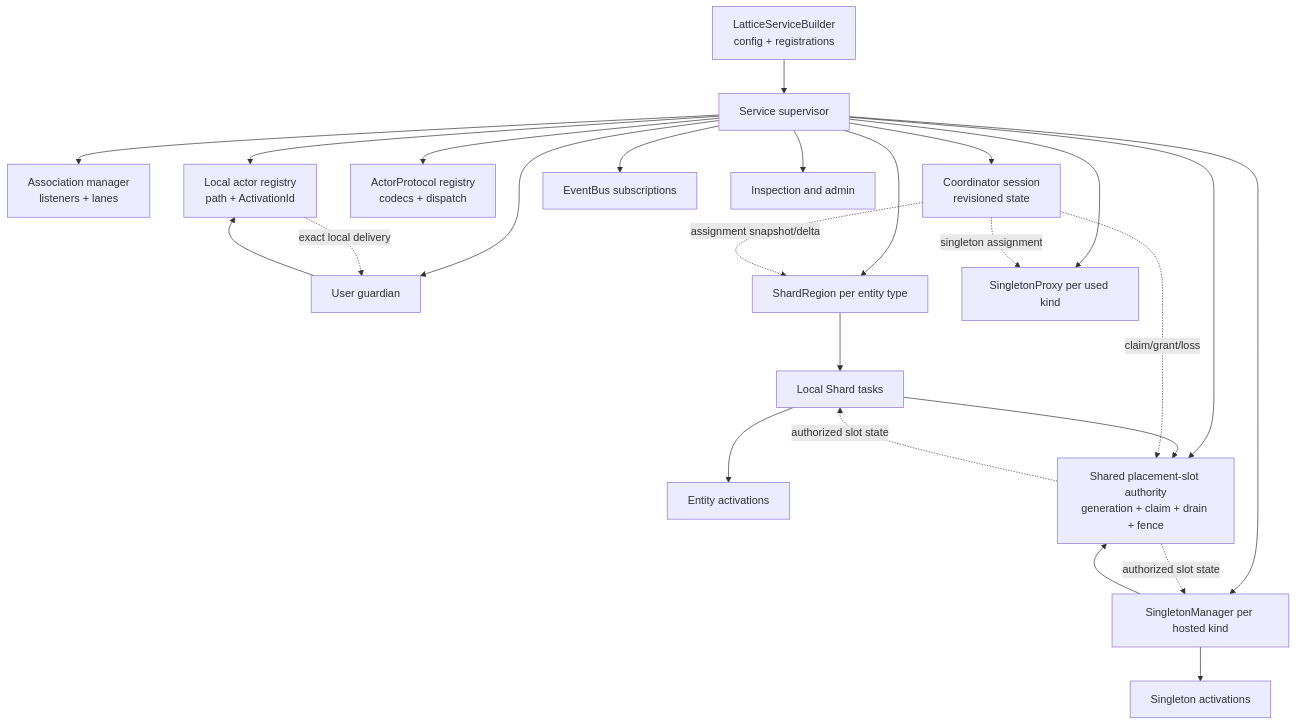
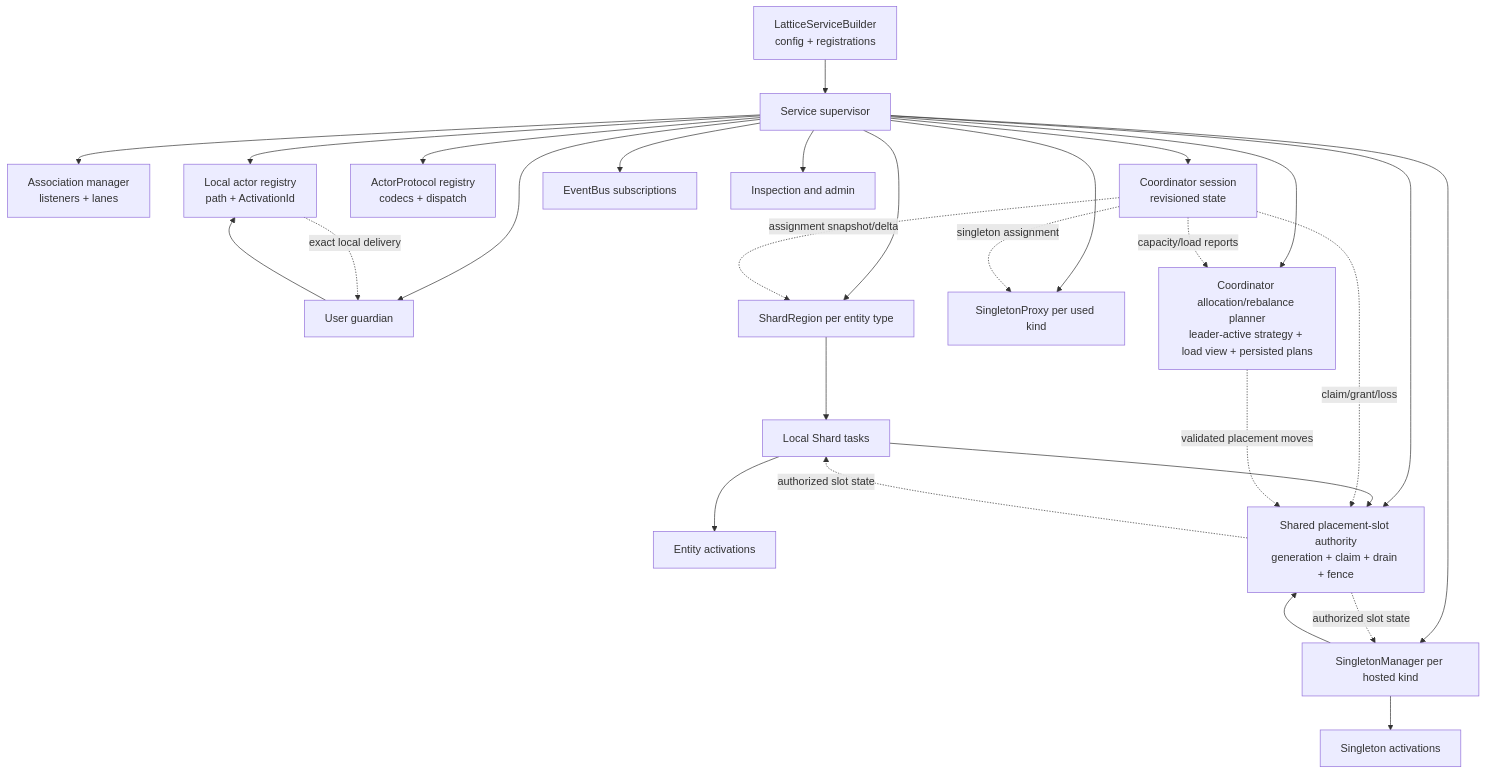
One commit to realm-labs/lattice changed the second of 11 diagrams in docs/architecture/00-overview.md. Above: the diagram before and after it, drawn with Mermaid. The commit also changed other lines of this file and 8 other files, not shown here.

Commit message:
docs(architecture): model shard rebalancing

````diff
--- a/docs/architecture/00-overview.md
+++ b/docs/architecture/00-overview.md
@@ -205,44 +208,48 @@
 ```mermaid
 flowchart TB
     Builder["LatticeServiceBuilder<br/>config + registrations"]
     Service["Service supervisor"]
     Remoting["Association manager<br/>listeners + lanes"]
     CoordSession["Coordinator session<br/>revisioned state"]
     Protocols["ActorProtocol registry<br/>codecs + dispatch"]
     Registry["Local actor registry<br/>path + ActivationId"]
     UserGuardian["User guardian"]
     Regions["ShardRegion per entity type"]
     Shards["Local Shard tasks"]
     Entities["Entity activations"]
     Proxies["SingletonProxy per used kind"]
     Managers["SingletonManager per hosted kind"]
     Authority["Shared placement-slot authority<br/>generation + claim + drain + fence"]
+    Rebalancer["Coordinator allocation/rebalance planner<br/>leader-active strategy + load view + persisted plans"]
     Singletons["Singleton activations"]
     EventAdapter["EventBus subscriptions"]
     Ops["Inspection and admin"]
 
     Builder --> Service
     Service --> Remoting
     Service --> CoordSession
     Service --> Protocols
     Service --> Registry
     Service --> UserGuardian
     Service --> Regions
     Service --> Proxies
     Service --> Managers
     Service --> Authority
+    Service --> Rebalancer
     Service --> EventAdapter
     Service --> Ops
     UserGuardian --> Registry
     Regions --> Shards
     Shards --> Authority
     Shards --> Entities
     Managers --> Singletons
     Managers --> Authority
     Registry -. "exact local delivery" .-> UserGuardian
     CoordSession -. "assignment snapshot/delta" .-> Regions
     CoordSession -. "singleton assignment" .-> Proxies
     CoordSession -. "claim/grant/loss" .-> Authority
+    CoordSession -. "capacity/load reports" .-> Rebalancer
+    Rebalancer -. "validated placement moves" .-> Authority
     Authority -. "authorized slot state" .-> Shards
     Authority -. "authorized slot state" .-> Managers
 ```
````
